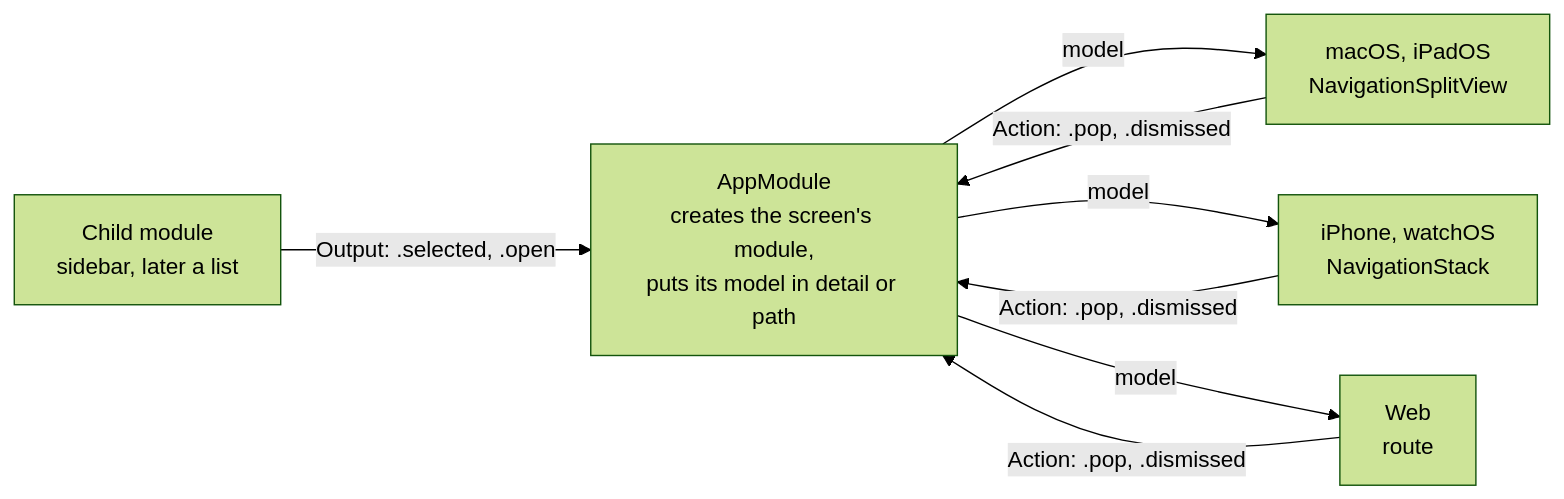
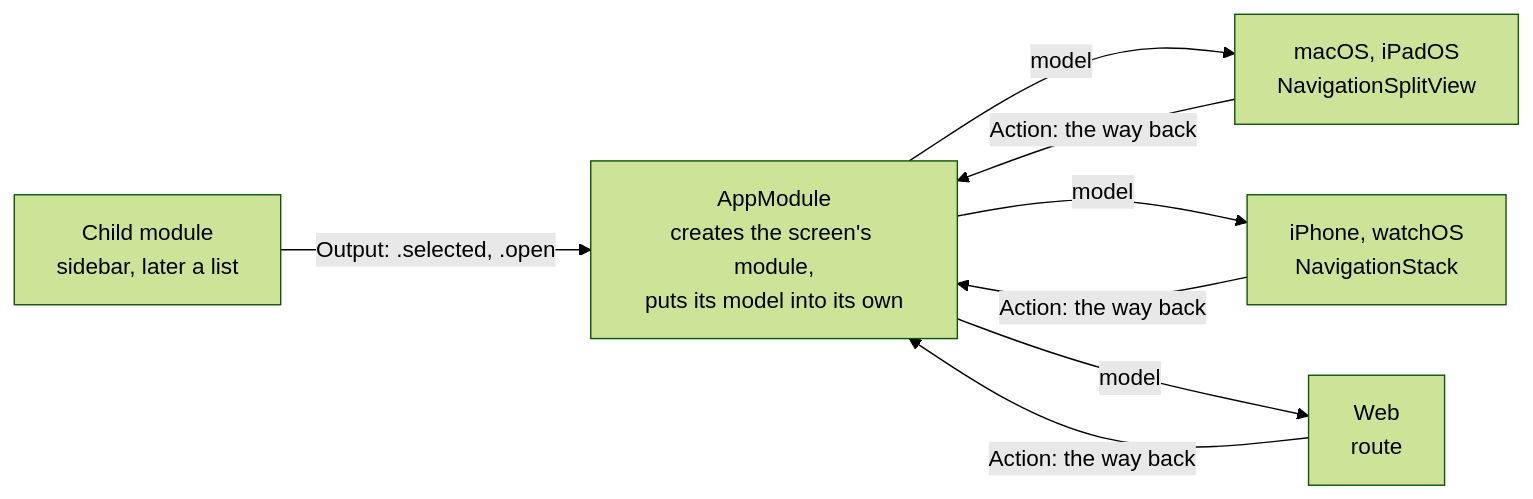
Before and after one commit to maldrakar/todo-app: the first of 4 diagrams in docs/specs/feature-module-architecture.md, drawn with Mermaid (forest theme). The commit also changed other lines of this file, not shown here.

First line of the commit message:
docs(core): keep the principle of navigation, hand its mechanics to an epic

````diff
--- a/docs/specs/feature-module-architecture.md
+++ b/docs/specs/feature-module-architecture.md
@@ -118,10 +117,10 @@
 ```mermaid
 flowchart LR
-  Child[Child module<br/>sidebar, later a list] -- "Output: .selected, .open" --> Root[AppModule<br/>creates the screen's module,<br/>puts its model in detail or path]
+  Child[Child module<br/>sidebar, later a list] -- "Output: .selected, .open" --> Root[AppModule<br/>creates the screen's module,<br/>puts its model into its own]
   Root -- "model" --> Mac[macOS, iPadOS<br/>NavigationSplitView]
   Root -- "model" --> Phone[iPhone, watchOS<br/>NavigationStack]
   Root -- "model" --> Web[Web<br/>route]
-  Mac -- "Action: .pop, .dismissed" --> Root
-  Phone -- "Action: .pop, .dismissed" --> Root
-  Web -- "Action: .pop, .dismissed" --> Root
+  Mac -- "Action: the way back" --> Root
+  Phone -- "Action: the way back" --> Root
+  Web -- "Action: the way back" --> Root
 ```
````
